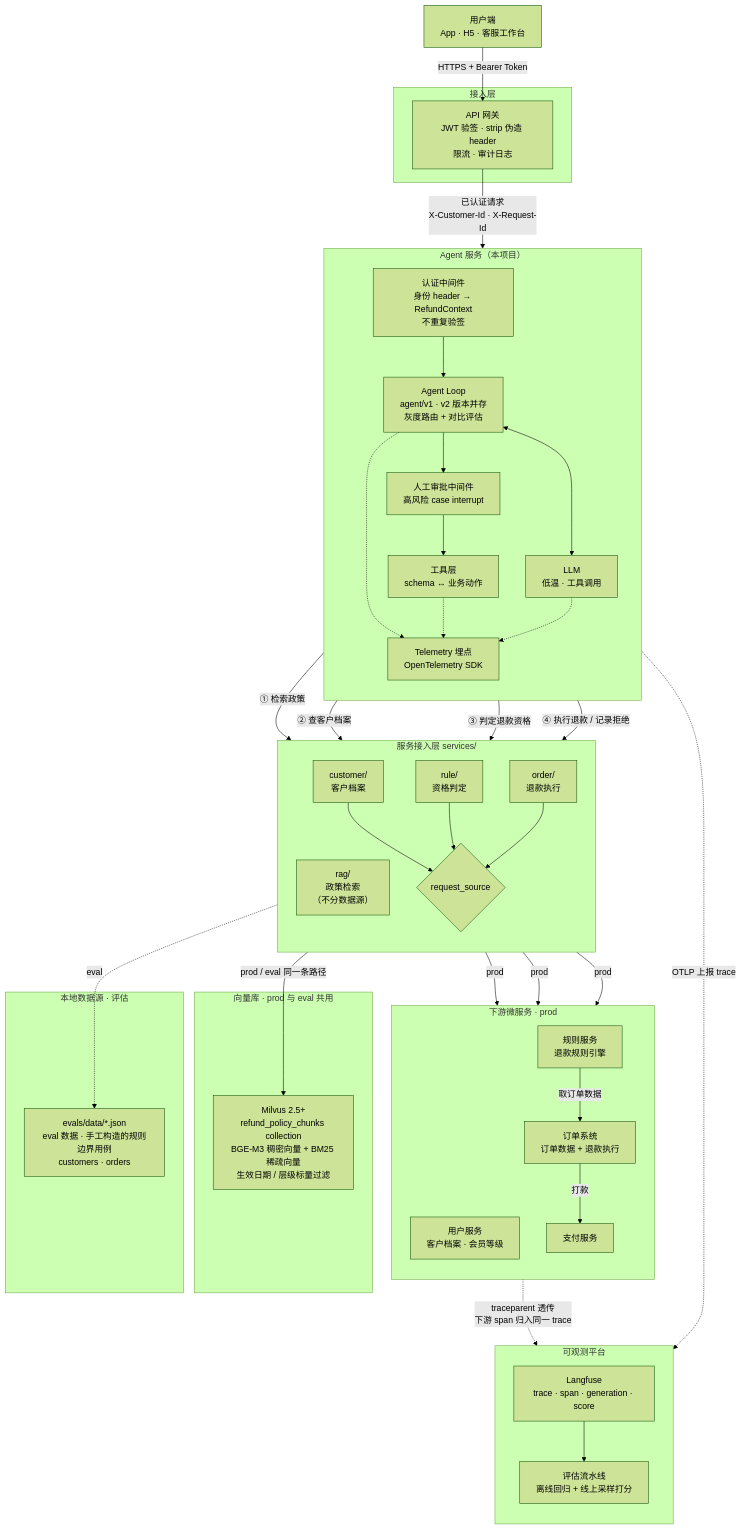
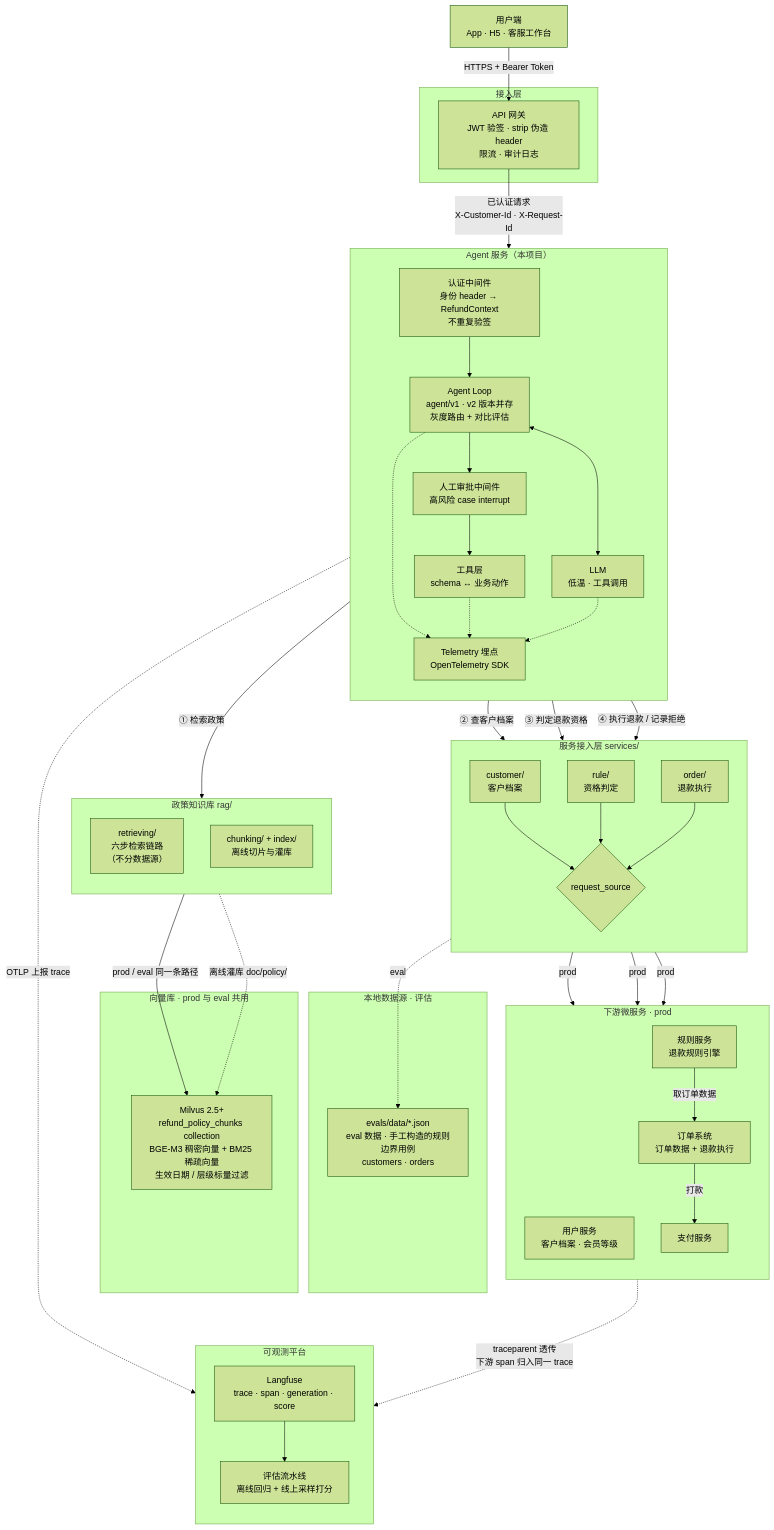
One commit to tiltwind/refund-agent changed the first of 2 diagrams in doc/get-start/1-architecture.md. Above: the diagram before and after it, drawn with Mermaid (forest theme). The commit also changed other lines of this file and 40 other files, not shown here.

```diff
--- a/doc/get-start/1-architecture.md
+++ b/doc/get-start/1-architecture.md
@@ -34,7 +34,6 @@
 
     subgraph SvcLayer["服务接入层 services/"]
         direction TB
-        SR["rag/<br/>政策检索<br/>（不分数据源）"]
         SC["customer/<br/>客户档案"]
         SU["rule/<br/>资格判定"]
         SO["order/<br/>退款执行"]
@@ -42,6 +41,12 @@
         SC --> SRC
         SU --> SRC
         SO --> SRC
+    end
+
+    subgraph RagLayer["政策知识库 rag/"]
+        direction TB
+        SR["retrieving/<br/>六步检索链路<br/>（不分数据源）"]
+        IDX["chunking/ + index/<br/>离线切片与灌库"]
     end
 
     subgraph VectorDB["向量库 · prod 与 eval 共用"]
@@ -69,6 +74,7 @@
     Tools -->|"④ 执行退款 / 记录拒绝"| SO
 
     SR -->|"prod / eval 同一条路径"| KB
+    IDX -.->|"离线灌库 doc/policy/"| KB
     SRC -->|"prod"| USER
     SRC -->|"prod"| RULE
     SRC -->|"prod"| ORDER
```
